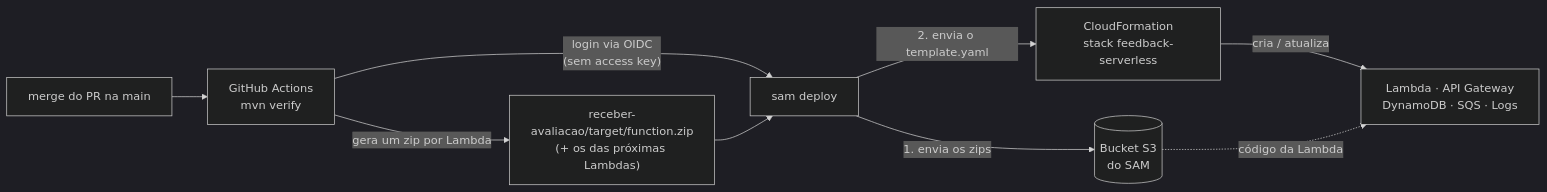
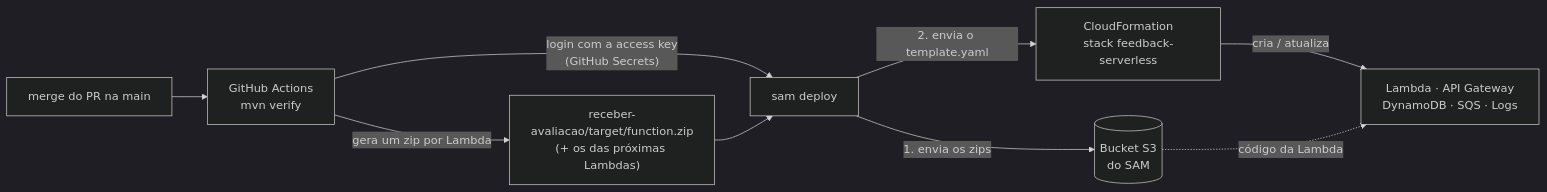
One commit to carpejen/tech-challenge4 changed the diagram in docs/passo-a-passo-deploy.md. Above: the diagram before and after it, drawn with Mermaid (dark theme). The commit also changed other lines of this file and 4 other files, not shown here.

First line of the commit message:
ci: deploy com usuário IAM dedicado (SCP do projeto bloqueia OIDC)

````diff
--- a/docs/passo-a-passo-deploy.md
+++ b/docs/passo-a-passo-deploy.md
@@ -11,11 +11,11 @@
 ```mermaid
 flowchart LR
     DEV["merge do PR na main"] --> GHA["GitHub Actions<br/>mvn verify"]
     GHA -->|"gera um zip por Lambda"| ZIP["receber-avaliacao/target/function.zip<br/>(+ os das próximas Lambdas)"]
-    GHA -->|"login via OIDC<br/>(sem access key)"| SAM["sam deploy"]
+    GHA -->|"login com a access key<br/>(GitHub Secrets)"| SAM["sam deploy"]
     ZIP --> SAM
     SAM -->|1. envia os zips| S3[("Bucket S3<br/>do SAM")]
     SAM -->|2. envia o template.yaml| CFN["CloudFormation<br/>stack feedback-serverless"]
     CFN -->|cria / atualiza| REC["Lambda · API Gateway<br/>DynamoDB · SQS · Logs"]
     S3 -. código da Lambda .-> REC
 ```
````
